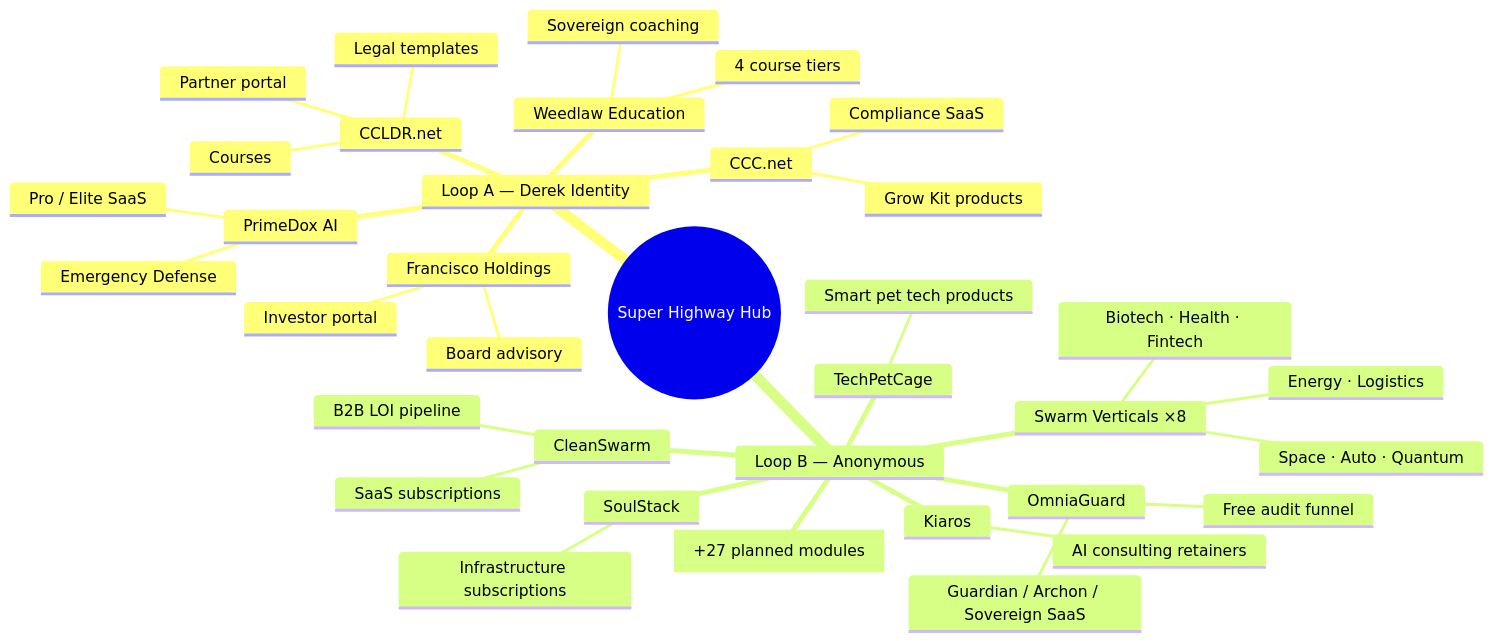
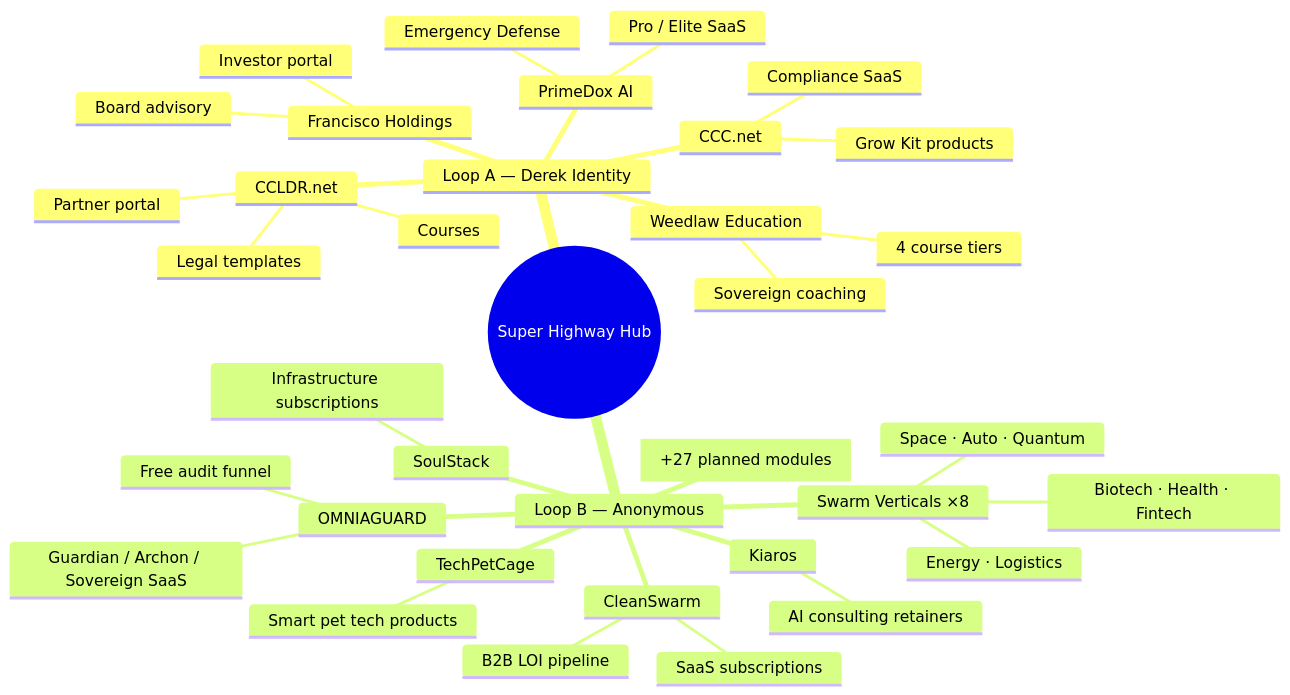
One commit to franciscoderek7/primedoxai-deploy changed the fifth of 6 diagrams in super-highway/01-architecture-diagram.md. Above: the diagram before and after it, drawn with Mermaid. The commit also changed other lines of this file and 290 other files, not shown here.

````diff
--- a/super-highway/01-architecture-diagram.md
+++ b/super-highway/01-architecture-diagram.md
@@ -132,39 +132,39 @@
 ```mermaid
 mindmap
   root((Super Highway Hub))
     Loop A — Derek Identity
       CCLDR.net
         Legal templates
         Courses
         Partner portal
       PrimeDox AI
         Emergency Defense
         Pro / Elite SaaS
       Weedlaw Education
         4 course tiers
         Sovereign coaching
       Francisco Holdings
         Investor portal
         Board advisory
       CCC.net
         Compliance SaaS
         Grow Kit products
     Loop B — Anonymous
-      OmniaGuard
+      OMNIAGUARD
         Guardian / Archon / Sovereign SaaS
         Free audit funnel
       Kiaros
         AI consulting retainers
       SoulStack
         Infrastructure subscriptions
       CleanSwarm
         SaaS subscriptions
         B2B LOI pipeline
       TechPetCage
         Smart pet tech products
       Swarm Verticals ×8
         Space · Auto · Quantum
         Biotech · Health · Fintech
         Energy · Logistics
       [+27 planned modules]
 ```
````
